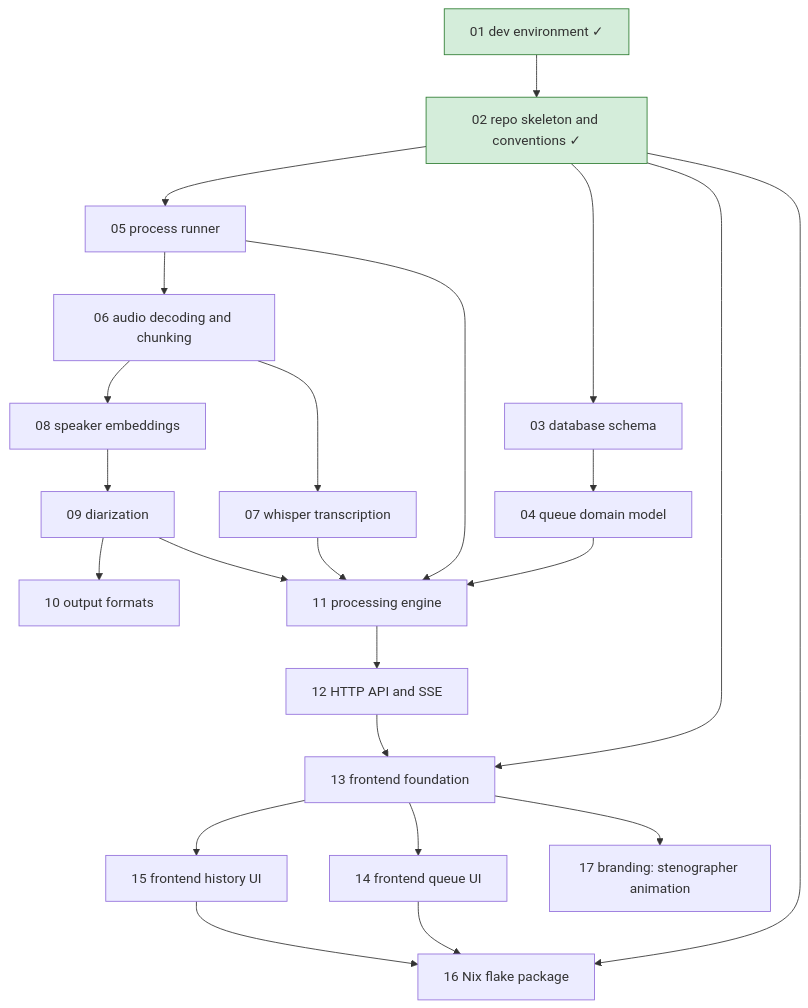
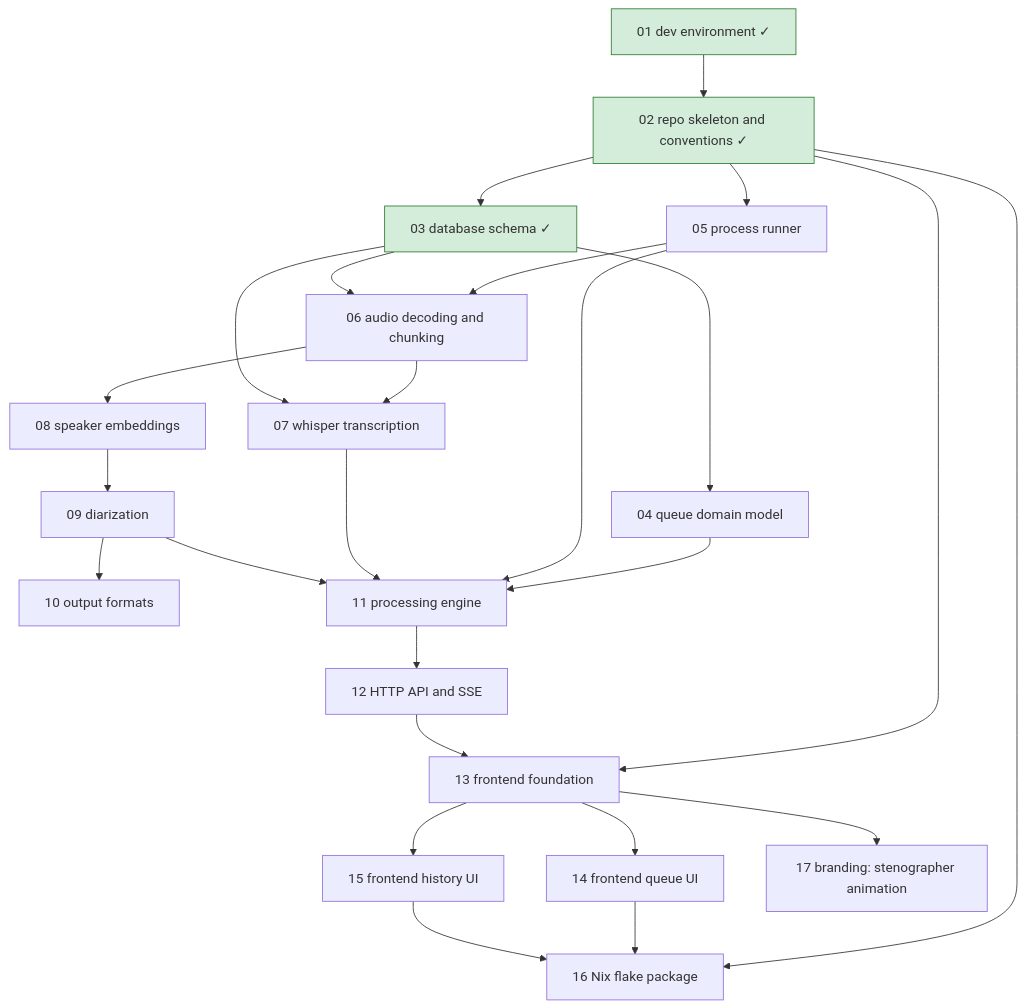
Before and after one commit to lulu-berlin/speech-to-text-app: the diagram in roadmap/README.md, drawn with Mermaid. The commit also changed other lines of this file and 4 other files, not shown here.

Commit message:
Complete roadmap item 03: move spec to docs/specs/database-schema.md

````diff
--- a/roadmap/README.md
+++ b/roadmap/README.md
@@ -17,26 +17,28 @@
 ```mermaid
 graph TD
   01[01 dev environment ✓]:::done --> 02[02 repo skeleton and conventions ✓]:::done
-  02 --> 03[03 database schema]
+  02 --> 03[03 database schema ✓]:::done
   03 --> 04[04 queue domain model]
   02 --> 05[05 process runner]
   05 --> 06[06 audio decoding and chunking]
+  03 --> 06
   06 --> 07[07 whisper transcription]
+  03 --> 07
   06 --> 08[08 speaker embeddings]
   08 --> 09[09 diarization]
   09 --> 10[10 output formats]
   04 --> 11[11 processing engine]
   05 --> 11
   07 --> 11
   09 --> 11
   11 --> 12[12 HTTP API and SSE]
   02 --> 13[13 frontend foundation]
   12 --> 13
   13 --> 14[14 frontend queue UI]
   13 --> 15[15 frontend history UI]
   02 --> 16[16 Nix flake package]
   14 --> 16
   15 --> 16
   13 --> 17[17 branding: stenographer animation]
   classDef done fill:#d4edda,stroke:#2e7d32
 ```
````
